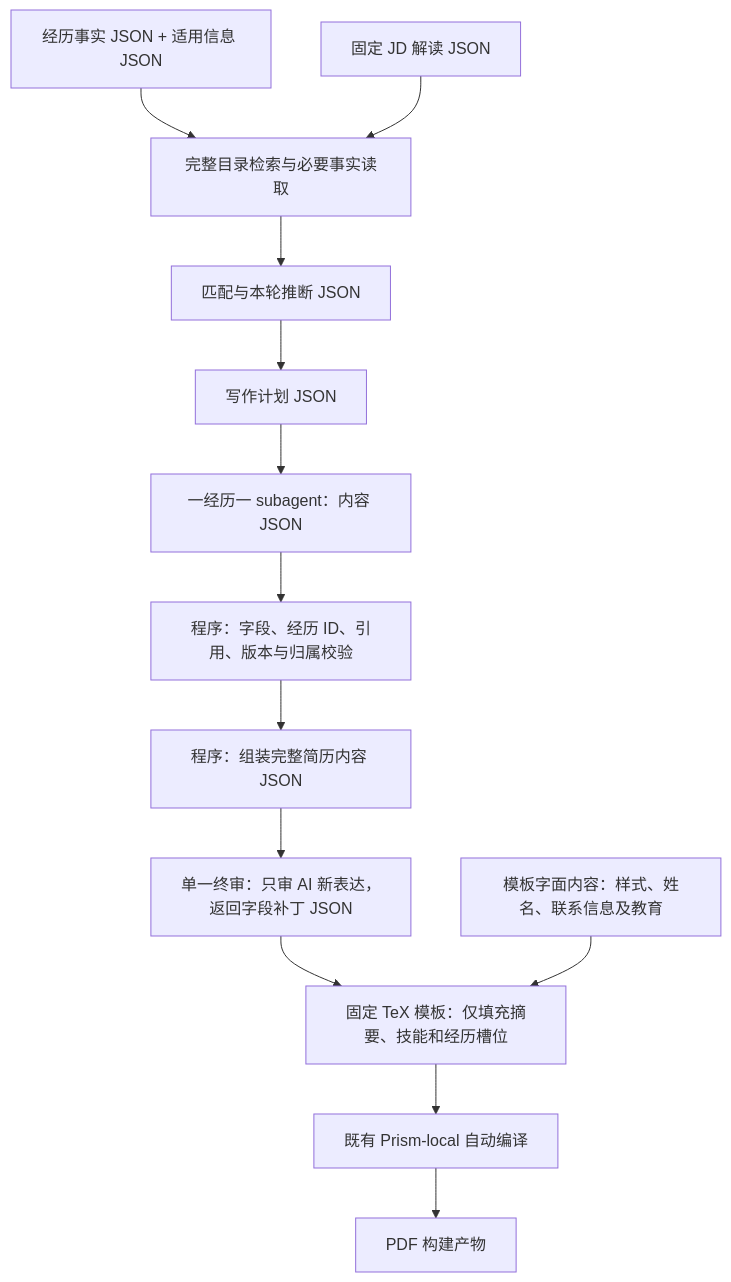
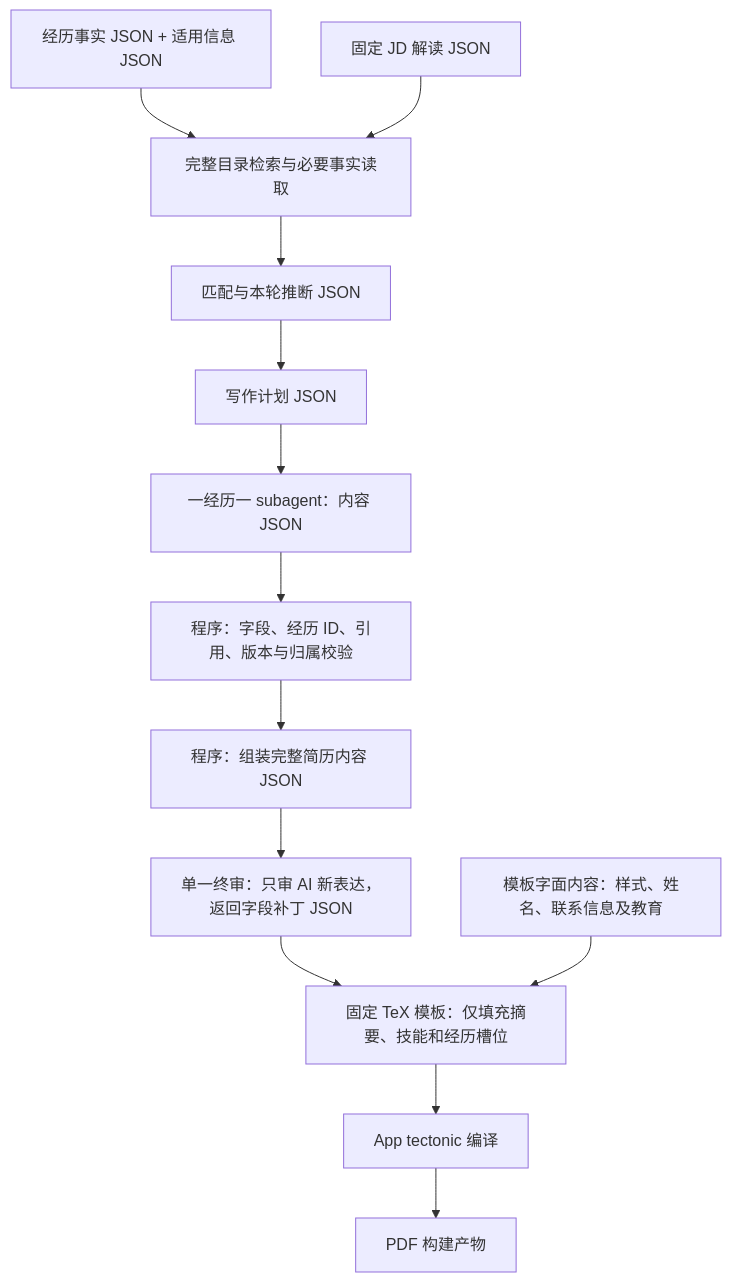
One commit to DengZhiyuan-math/TomorrowStar-OS changed the diagram in docs/json-resume-design.md. Above: the diagram before and after it, drawn with Mermaid. The commit also changed other lines of this file and 5 other files, not shown here.

First line of the commit message:
docs(export): Prism edits and previews; the App compiles the final PDF

````diff
--- a/docs/json-resume-design.md
+++ b/docs/json-resume-design.md
@@ -37,15 +37,15 @@
 ```mermaid
 flowchart TD
     L[经历事实 JSON + 适用信息 JSON] --> R[完整目录检索与必要事实读取]
     J[固定 JD 解读 JSON] --> R
     R --> M[匹配与本轮推断 JSON]
     M --> P[写作计划 JSON]
     P --> W[一经历一 subagent：内容 JSON]
     W --> C[程序：字段、经历 ID、引用、版本与归属校验]
     C --> A[程序：组装完整简历内容 JSON]
     A --> V[单一终审：只审 AI 新表达，返回字段补丁 JSON]
     V --> T[固定 TeX 模板：仅填充摘要、技能和经历槽位]
     F[模板字面内容：样式、姓名、联系信息及教育] --> T
-    T --> B[既有 Prism-local 自动编译]
+    T --> B[App tectonic 编译]
     B --> PDF[PDF 构建产物]
 ```
````
